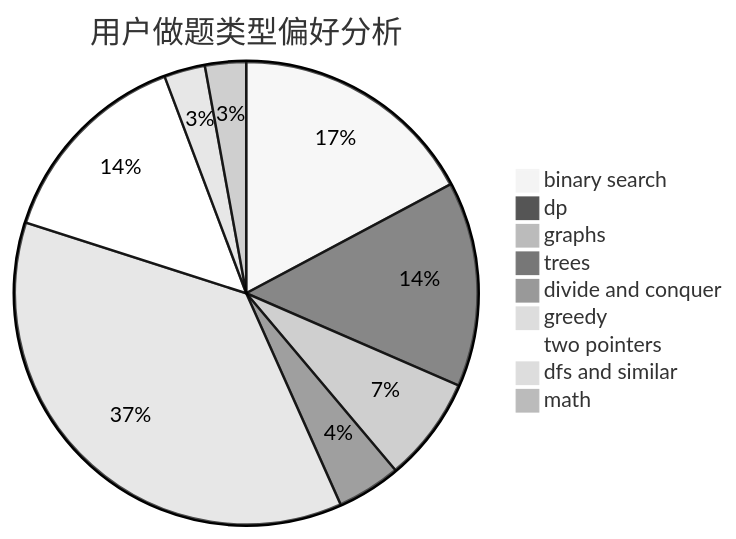
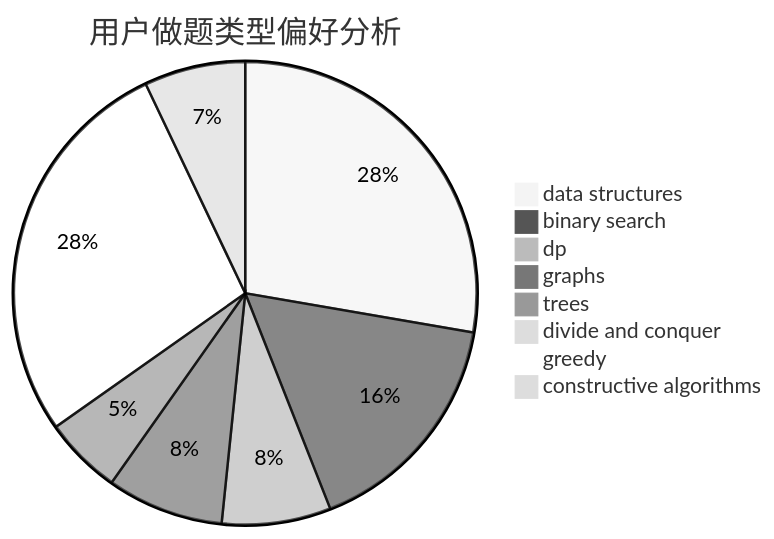
Before and after one commit to sherpahu/cfrs.github.io: the second of 3 diagrams in docs/user/u1357.md, drawn with Mermaid (neutral theme). The commit also changed other lines of this file and 2775 other files, not shown here.

````diff
--- a/docs/user/u1357.md
+++ b/docs/user/u1357.md
@@ -23,12 +23,11 @@
 ```mermaid
 pie title 用户做题类型偏好分析
-    "binary search" :  54
-    "dp" :  45
-    "graphs" :  23
-    "trees" :  14
+    "data structures" :  51
+    "binary search" :  30
+    "dp" :  14
+    "graphs" :  15
+    "trees" :  10
     "divide and conquer" :  0
-    "greedy" :  115
-    "two pointers" :  45
-    "dfs and similar" :  9
-    "math" :  9
+    "greedy" :  51
+    "constructive algorithms" :  13
 ```
````
